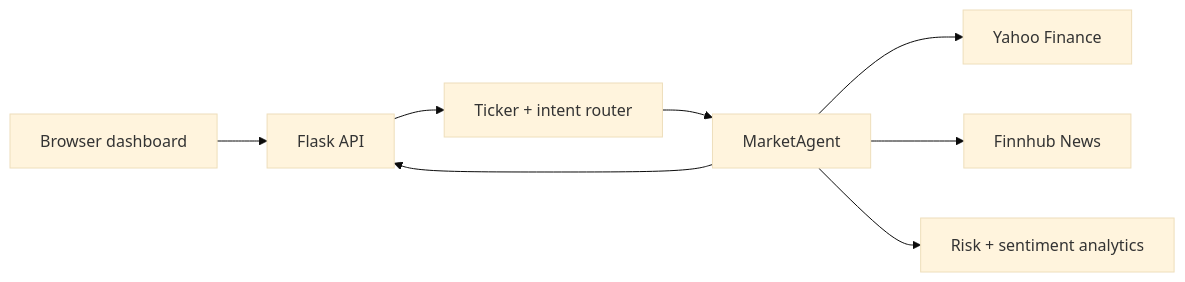
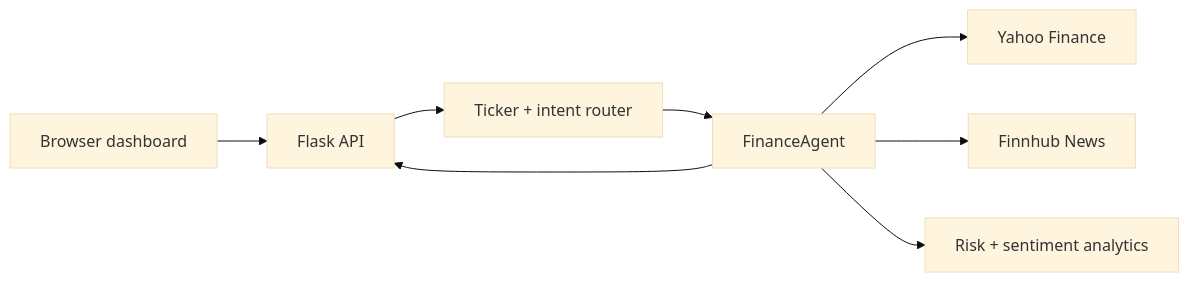
Before and after one commit to xs2588-prog/finance-intelligence-agent: the diagram in README.md, drawn with Mermaid (base theme). The commit also changed other lines of this file, not shown here.

Commit message:
Rename project to Finance Intelligence Agent

````diff
--- a/README.md
+++ b/README.md
@@ -27,10 +27,10 @@
 ```mermaid
 flowchart LR
   B["Browser dashboard"] --> F["Flask API"]
   F --> R["Ticker + intent router"]
-  R --> A["MarketAgent"]
+  R --> A["FinanceAgent"]
   A --> Y["Yahoo Finance"]
   A --> N["Finnhub News"]
   A --> M["Risk + sentiment analytics"]
   A --> F
 ```
````
